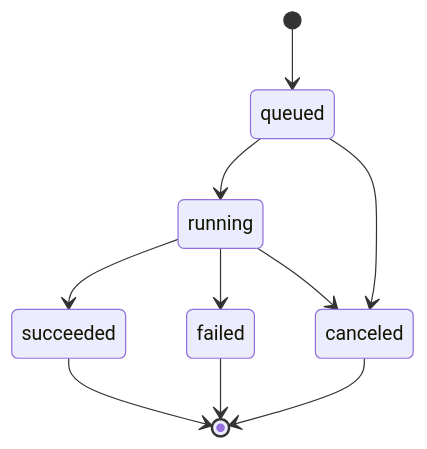
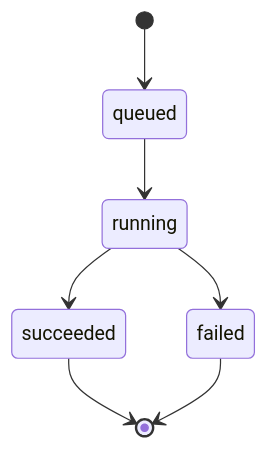
Before and after one commit to Ic1558/0luka: the diagram in core/semantics/job_lifecycle.md, drawn with Mermaid. The commit also changed other lines of this file and 1 other file, not shown here.

Commit message:
promote(core): kernel: strip canceled state + simplify errors (Minimal Law)
workspace: opal_minimal_law

model: gemini | trace_id: 8cab118f

````diff
--- a/core/semantics/job_lifecycle.md
+++ b/core/semantics/job_lifecycle.md
@@ -16,12 +15,9 @@
 ```mermaid
 stateDiagram-v2
     [*] --> queued
     queued --> running
     running --> succeeded
     running --> failed
-    queued --> canceled
-    running --> canceled
     succeeded --> [*]
     failed --> [*]
-    canceled --> [*]
 ```
````
